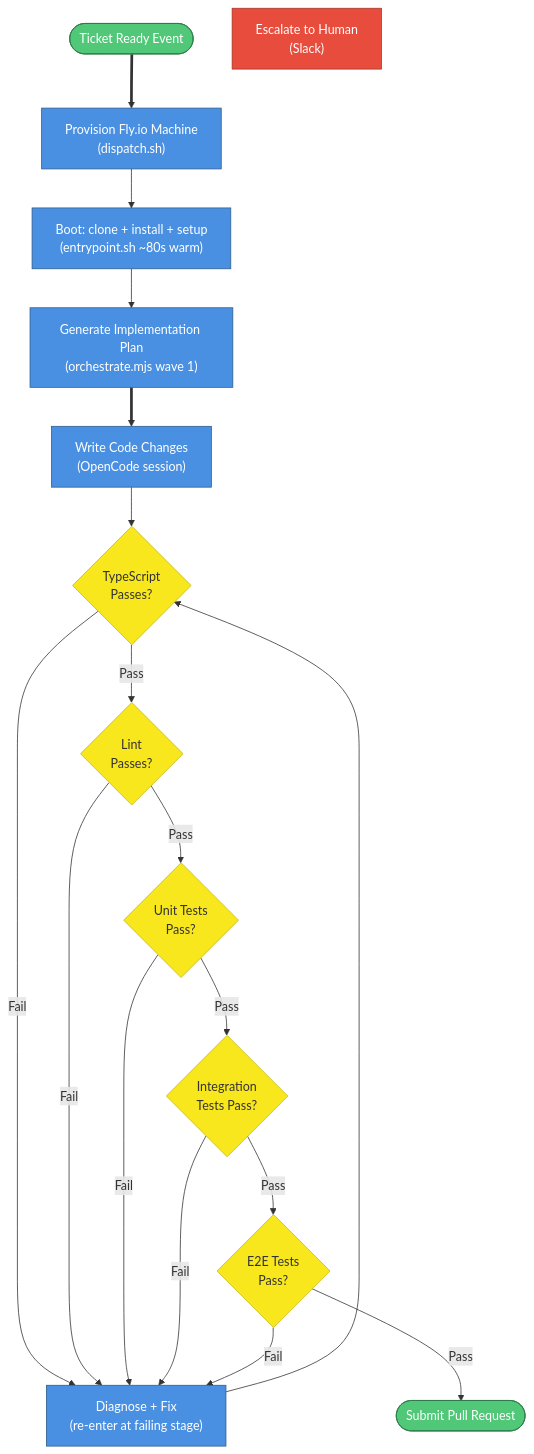
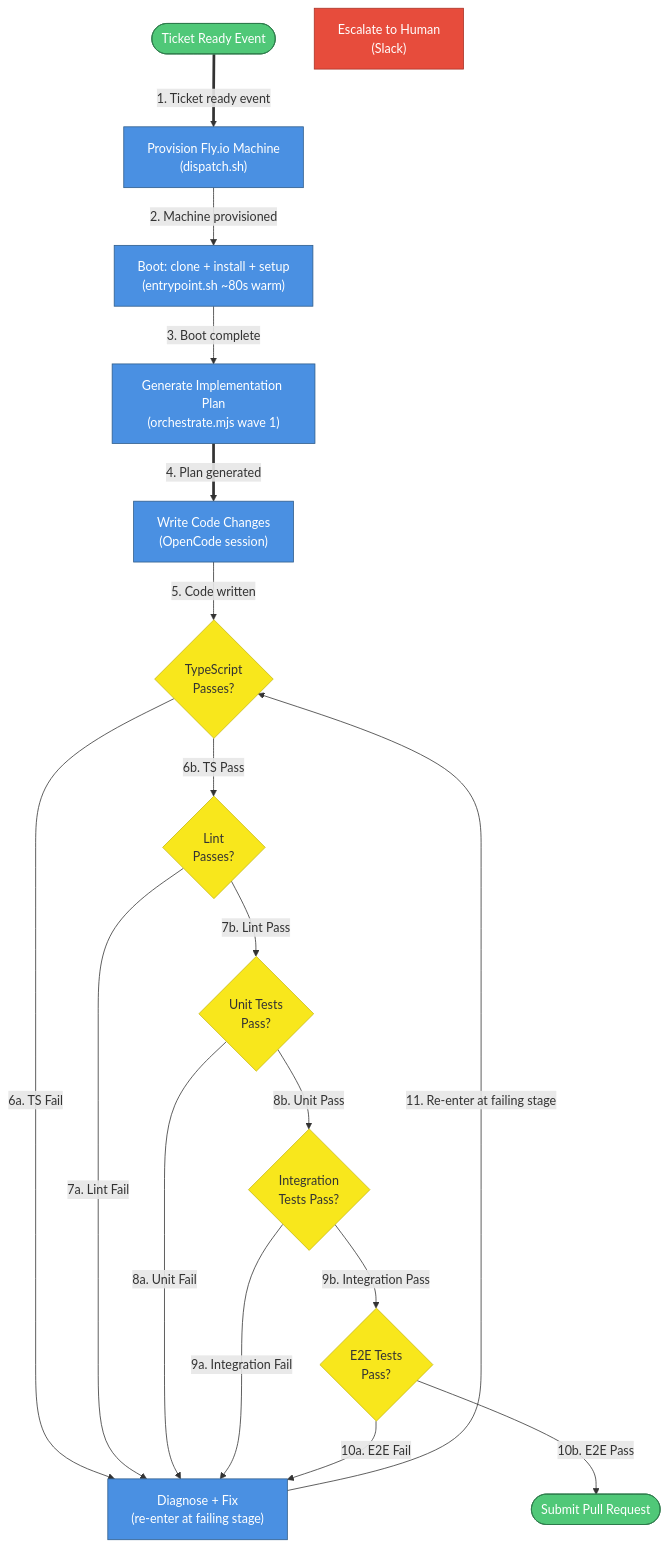
Before and after one commit to viiqswim/dozaldevs-ai-employee: the seventh of 15 diagrams in docs/2026-03-22-2317-ai-employee-architecture.md, drawn with Mermaid. The commit also changed other lines of this file, not shown here.

Commit message:
docs: add numbered arrows and flow walkthroughs to all diagrams

````diff
--- a/docs/2026-03-22-2317-ai-employee-architecture.md
+++ b/docs/2026-03-22-2317-ai-employee-architecture.md
@@ -630,38 +719,38 @@
 ```mermaid
 flowchart TD
     PICKUP(["Ticket Ready Event"]):::event
     PROVISION["Provision Fly.io Machine\n(dispatch.sh)"]:::service
     BOOT["Boot: clone + install + setup\n(entrypoint.sh ~80s warm)"]:::service
     PLAN["Generate Implementation Plan\n(orchestrate.mjs wave 1)"]:::service
     CODE["Write Code Changes\n(OpenCode session)"]:::service
     TYPECHECK{"TypeScript\nPasses?"}:::decision
     LINT{"Lint\nPasses?"}:::decision
     UNIT{"Unit Tests\nPass?"}:::decision
     INTEG{"Integration\nTests Pass?"}:::decision
     E2E{"E2E Tests\nPass?"}:::decision
     FIX["Diagnose + Fix\n(re-enter at failing stage)"]:::service
     PR(["Submit Pull Request"]):::event
     FAIL["Escalate to Human\n(Slack)"]:::error
 
-    PICKUP ==> PROVISION
-    PROVISION --> BOOT
-    BOOT --> PLAN
-    PLAN ==> CODE
-    CODE --> TYPECHECK
-    TYPECHECK -- Fail --> FIX
-    TYPECHECK -- Pass --> LINT
-    LINT -- Fail --> FIX
-    LINT -- Pass --> UNIT
-    UNIT -- Fail --> FIX
-    UNIT -- Pass --> INTEG
-    INTEG -- Fail --> FIX
-    INTEG -- Pass --> E2E
-    E2E -- Fail --> FIX
-    FIX --> TYPECHECK
-    E2E -- Pass --> PR
+    PICKUP ==>|"1. Ticket ready event"| PROVISION
+    PROVISION -->|"2. Machine provisioned"| BOOT
+    BOOT -->|"3. Boot complete"| PLAN
+    PLAN ==>|"4. Plan generated"| CODE
+    CODE -->|"5. Code written"| TYPECHECK
+    TYPECHECK -->|"6a. TS Fail"| FIX
+    TYPECHECK -->|"6b. TS Pass"| LINT
+    LINT -->|"7a. Lint Fail"| FIX
+    LINT -->|"7b. Lint Pass"| UNIT
+    UNIT -->|"8a. Unit Fail"| FIX
+    UNIT -->|"8b. Unit Pass"| INTEG
+    INTEG -->|"9a. Integration Fail"| FIX
+    INTEG -->|"9b. Integration Pass"| E2E
+    E2E -->|"10a. E2E Fail"| FIX
+    FIX -->|"11. Re-enter at failing stage"| TYPECHECK
+    E2E -->|"10b. E2E Pass"| PR
 
     classDef service fill:#4A90E2,stroke:#2E5C8A,color:#fff
     classDef event fill:#50C878,stroke:#2D7A4A,color:#fff
     classDef decision fill:#F8E71C,stroke:#C7B916,color:#333
     classDef error fill:#E74C3C,stroke:#A93226,color:#fff
 ```
````
